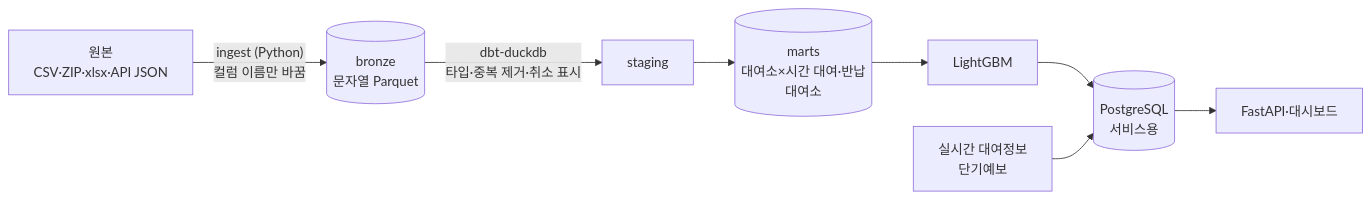
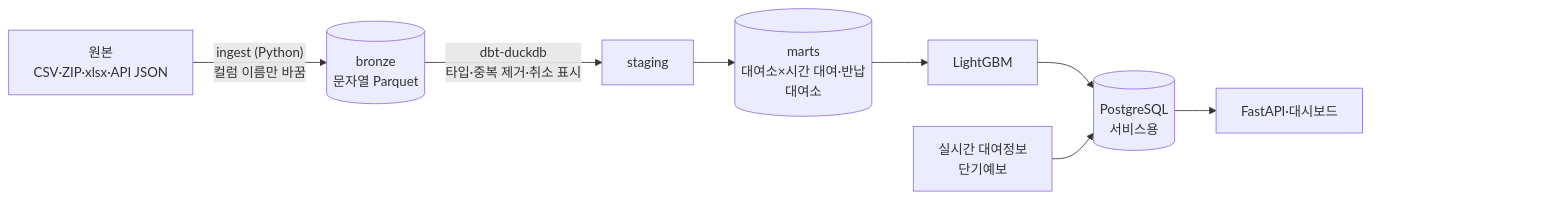
Before and after one commit to hyeonbin123/bike-demand: the diagram in README.md, drawn with Mermaid.

Commit message:
README: keep the last box of the structure diagram clear of the viewer buttons
GitHub draws Mermaid diagrams in its own viewer, which always shows a
pan and zoom button panel in the bottom-right corner. In the README the
last box of the structure diagram (FastAPI and the dashboard) sat under
the "Pan up" and "Zoom in" buttons.

Two invisible spacer nodes are appended to the right of that box, so the
box now ends 8px to the left of the nearest button. Existing lines of
the block are unchanged; six lines are added. Measured in the viewer at
the README width (838px) in light and dark mode: no visible box overlaps
a button, and the text is drawn at 7.1px instead of 7.7px.

Agent: claude
Task: T83

````diff
--- a/README.md
+++ b/README.md
@@ -73,10 +73,16 @@
 ```mermaid
 flowchart LR
     RAW["원본<br/>CSV·ZIP·xlsx·API JSON"] -->|"ingest (Python)<br/>컬럼 이름만 바꿈"| BRONZE[("bronze<br/>문자열 Parquet")]
     BRONZE -->|"dbt-duckdb<br/>타입·중복 제거·취소 표시"| STG["staging"]
     STG --> MART[("marts<br/>대여소×시간 대여·반납<br/>대여소")]
     MART --> ML["LightGBM"]
     ML --> PG[("PostgreSQL<br/>서비스용")]
     RT["실시간 대여정보<br/>단기예보"] --> PG
     PG --> API["FastAPI·대시보드"]
+    %% GitHub가 그림 오른쪽 아래에 늘 띄우는 확대·이동 버튼이 마지막 상자를 가리지 않게, 보이지 않는 빈 칸 둘을 오른쪽에 둔다.
+    padA[" "]
+    padB[" "]
+    API ~~~ padA ~~~ padB
+    classDef blank fill:none,stroke:none
+    class padA,padB blank
 ```
````
